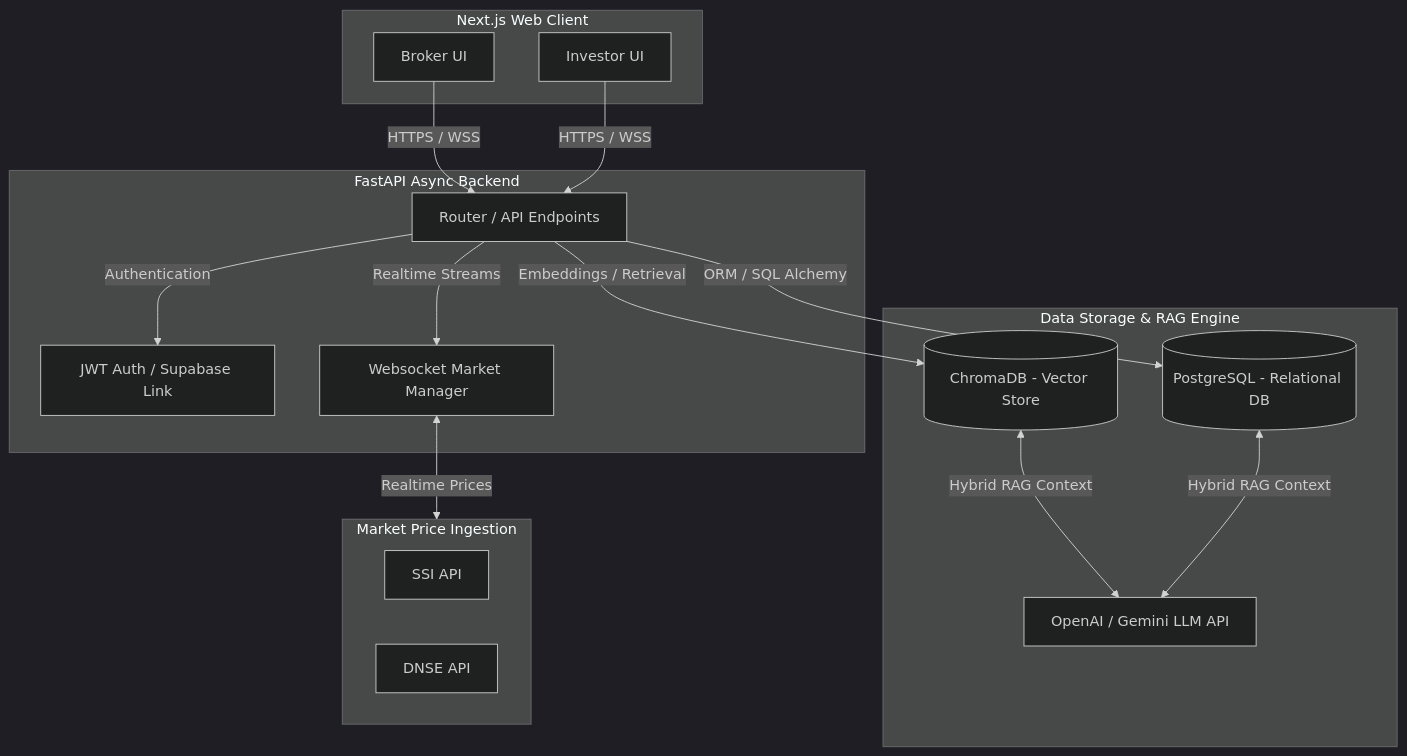
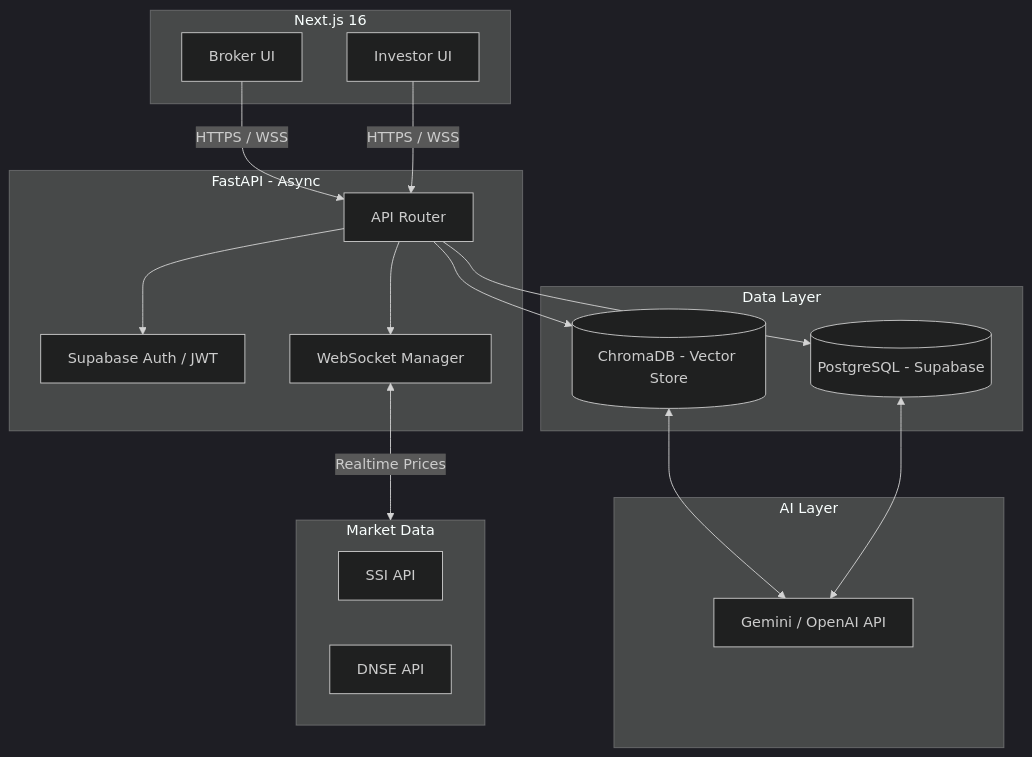
One commit to thaicuong576/Brokerz changed the diagram in README.md. Above: the diagram before and after it, drawn with Mermaid (dark theme). The commit also changed other lines of this file, not shown here.

````diff
--- a/README.md
+++ b/README.md
@@ -111,32 +100,35 @@
 ```mermaid
 graph TD
-    subgraph Frontend [Next.js Web Client]
+    subgraph Frontend [Next.js 16]
         A[Broker UI]
         B[Investor UI]
     end
 
-    subgraph API_Layer [FastAPI Async Backend]
-        C[Router / API Endpoints]
-        D[JWT Auth / Supabase Link]
-        E[Websocket Market Manager]
+    subgraph Backend [FastAPI - Async]
+        C[API Router]
+        D[Supabase Auth / JWT]
+        E[WebSocket Manager]
     end
 
-    subgraph Data_Layer [Data Storage & RAG Engine]
-        F[(PostgreSQL - Relational DB)]
+    subgraph Storage [Data Layer]
+        F[(PostgreSQL - Supabase)]
         G[(ChromaDB - Vector Store)]
-        H[OpenAI / Gemini LLM API]
     end
-    
-    subgraph Market_Feeds [Market Price Ingestion]
+
+    subgraph AI [AI Layer]
+        H[Gemini / OpenAI API]
+    end
+
+    subgraph Market [Market Data]
         I[SSI API]
         J[DNSE API]
     end
 
     A & B -->|HTTPS / WSS| C
-    C -->|Authentication| D
-    C -->|Realtime Streams| E
-    E <-->|Realtime Prices| Market_Feeds
-    C -->|ORM / SQL Alchemy| F
-    C -->|Embeddings / Retrieval| G
-    G & F <-->|Hybrid RAG Context| H
+    C --> D
+    C --> E
+    E <-->|Realtime Prices| Market
+    C --> F
+    C --> G
+    G & F <--> H
 ```
````
